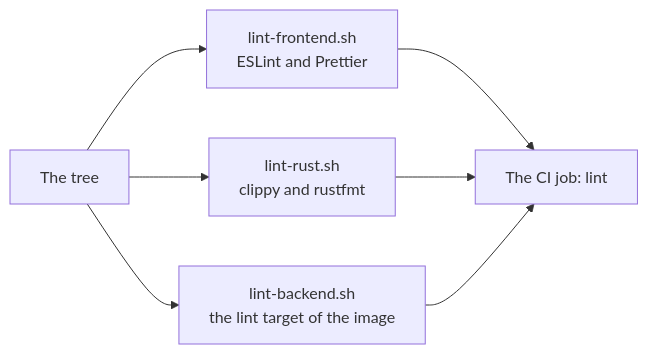
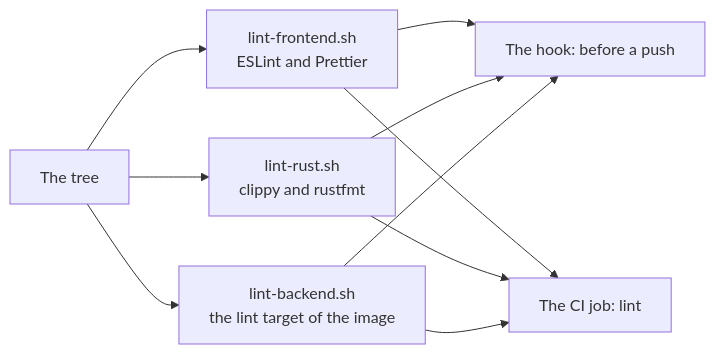
The diagram in docs/linting.md (YueMi-Development/YueMi-Office), drawn with Mermaid before and after one commit. The commit also changed other lines of this file and 2 other files, not shown here.

First line of the commit message:
Document the hook that runs before a push

````diff
--- a/docs/linting.md
+++ b/docs/linting.md
@@ -35,9 +35,12 @@
 ```mermaid
 flowchart LR
     T["The tree"] --> F["lint-frontend.sh<br/>ESLint and Prettier"]
     T --> R["lint-rust.sh<br/>clippy and rustfmt"]
     T --> B["lint-backend.sh<br/>the lint target of the image"]
+    F --> H["The hook: before a push"]
+    R --> H
+    B --> H
     F --> C["The CI job: lint"]
     R --> C
     B --> C
 ```
````
